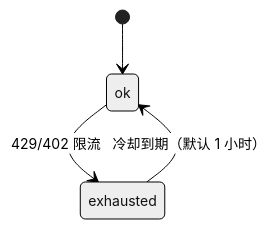
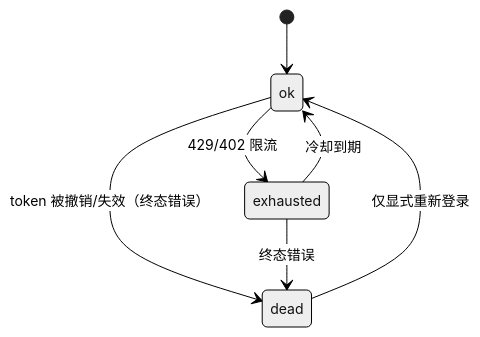
One commit to fang-lin/hermes-agent-code-analysis changed the seventh of 11 diagrams in docs/zh/02-Agent核心.md. Above: the diagram before and after it, drawn with Mermaid. The commit also changed other lines of this file and 3 other files, not shown here.

````diff
--- a/docs/zh/02-Agent核心.md
+++ b/docs/zh/02-Agent核心.md
@@ -336,7 +359,10 @@
 ```mermaid
 %%{init: {"theme": "neutral", "themeVariables": {"fontSize": "14px"}}}%%
 stateDiagram-v2
     [*] --> ok
     ok --> exhausted : 429/402 限流
-    exhausted --> ok : 冷却到期（默认 1 小时）
+    exhausted --> ok : 冷却到期
+    ok --> dead : token 被撤销/失效（终态错误）
+    exhausted --> dead : 终态错误
+    dead --> ok : 仅显式重新登录
 ```
````
